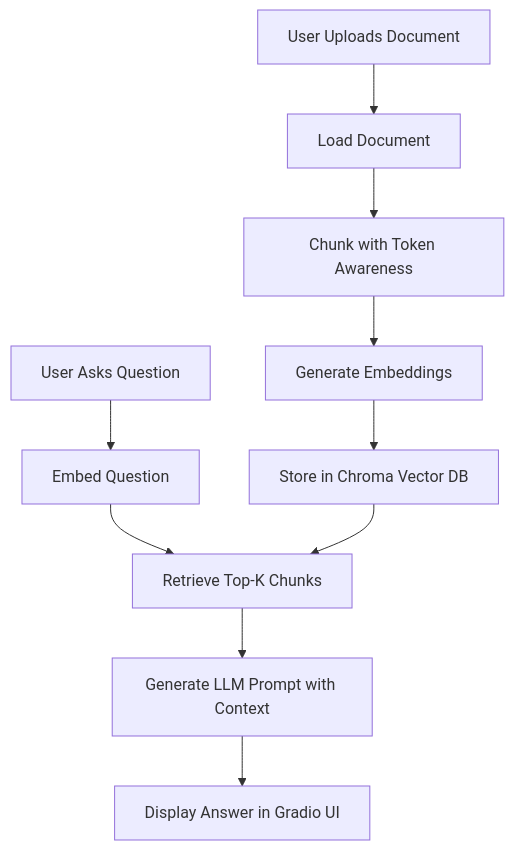
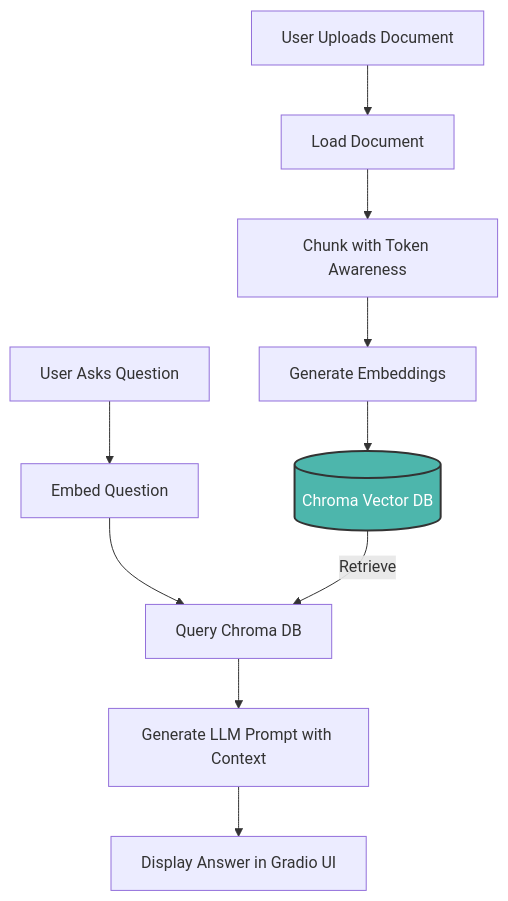
One commit to anandan-bs/ollama-rag-engine changed the diagram in README.md. Above: the diagram before and after it, drawn with Mermaid.

````diff
--- a/README.md
+++ b/README.md
@@ -101,17 +101,22 @@
 ```mermaid
 flowchart TD
-    %% Document Processing Pipeline
+    %% Central Chroma DB
+    DB[(Chroma Vector DB)]
+    
+    %% Document Ingestion Pipeline
     A[User Uploads Document] --> B[Load Document]
     B --> C[Chunk with Token Awareness]
     C --> D[Generate Embeddings]
-    D --> E[Store in Chroma Vector DB]
+    D --> DB
     
     %% Query Processing Pipeline
-    F[User Asks Question] --> G[Embed Question]
-    G --> H[Retrieve Top-K Chunks]
-    H --> I[Generate LLM Prompt with Context]
-    I --> J[Display Answer in Gradio UI]
+    E[User Asks Question] --> F[Embed Question]
+    F --> G[Query Chroma DB]
+    DB -->|Retrieve| G
+    G --> H[Generate LLM Prompt with Context]
+    H --> I[Display Answer in Gradio UI]
     
-    %% Connections between pipelines
-    E --> H
+    %% Styling for better visualization
+    classDef db fill:#4db6ac,stroke:#333,stroke-width:2px,color:white
+    class DB db
 ```
````
